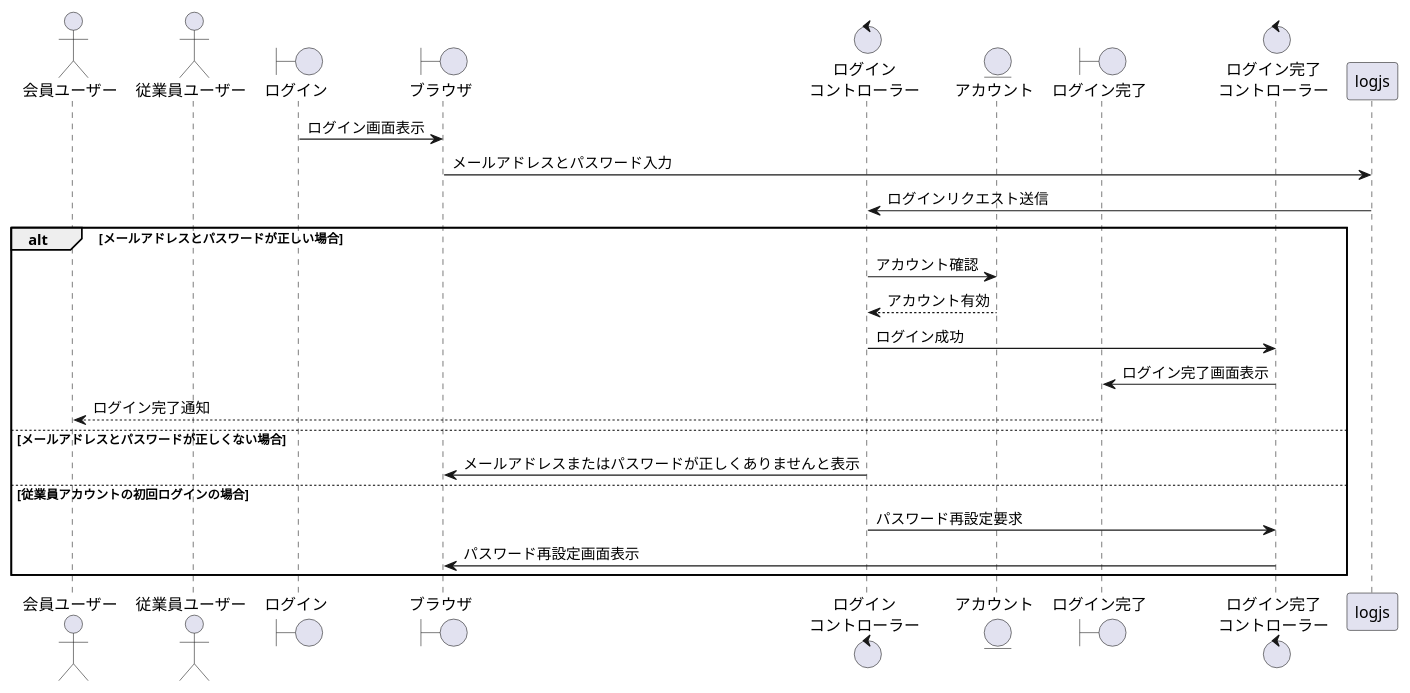
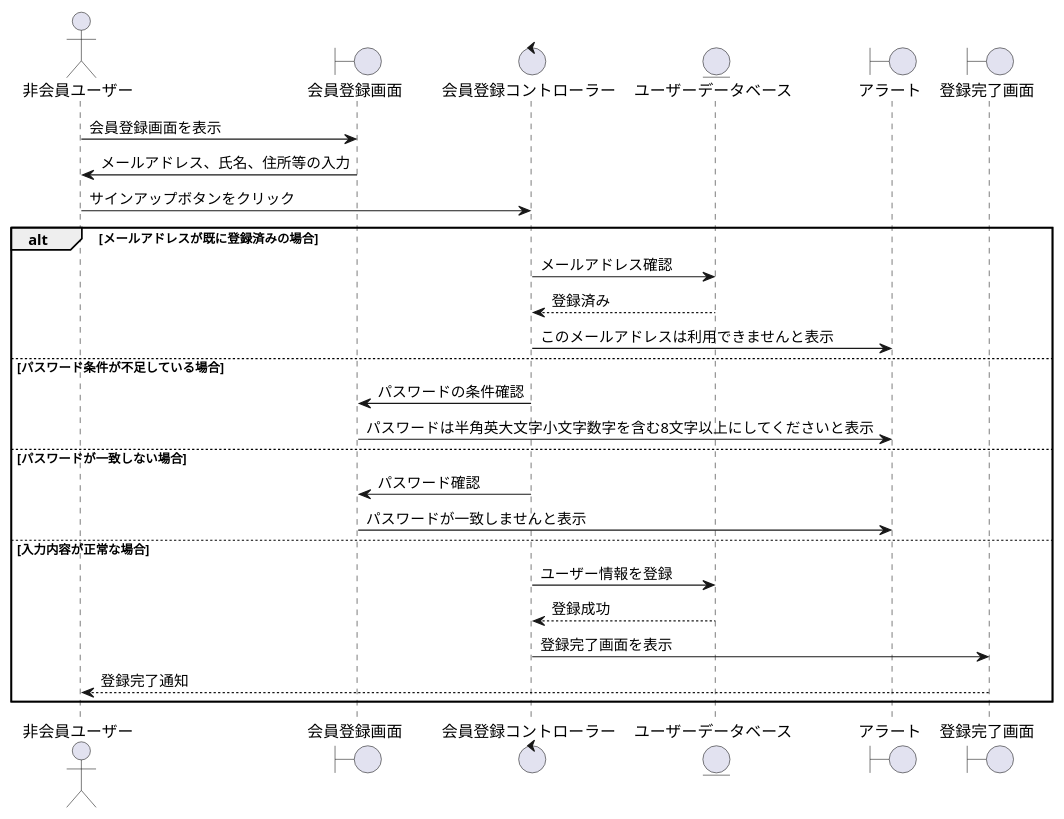
One commit to ysyk-wtnb16/team_D changed the diagram in BBショップ/ログイン.wsd. Above: the diagram before and after it, drawn with PlantUML. The commit also changed 1 other file, not shown here.

```diff
--- a/BBショップ/ログイン.wsd
+++ b/BBショップ/ログイン.wsd
@@ -1,28 +1,30 @@
-@startuml login
-actor "会員ユーザー" as member
-actor "従業員ユーザー" as employee
-boundary "ログイン" as log
-boundary "ブラウザ" as brz
-control "ログイン\nコントローラー" as logc
-entity "アカウント" as account
-boundary "ログイン完了" as logk
-control "ログイン完了\nコントローラー" as logc2
+@startuml registration
+actor "非会員ユーザー" as user
+boundary "会員登録画面" as reg
+control "会員登録コントローラー" as regc
+entity "ユーザーデータベース" as db
+boundary "アラート" as alert
+boundary "登録完了画面" as regk
 
-log -> brz: ログイン画面表示
-brz -> logjs: メールアドレスとパスワード入力
-logjs -> logc: ログインリクエスト送信
+user -> reg: 会員登録画面を表示
+reg -> user: メールアドレス、氏名、住所等の入力
+user -> regc: サインアップボタンをクリック
 
-alt メールアドレスとパスワードが正しい場合
-    logc -> account: アカウント確認
-    account --> logc: アカウント有効
-    logc -> logc2: ログイン成功
-    logc2 -> logk: ログイン完了画面表示
-    logk --> member: ログイン完了通知
-else メールアドレスとパスワードが正しくない場合
-    logc -> brz: メールアドレスまたはパスワードが正しくありませんと表示
-else 従業員アカウントの初回ログインの場合
-    logc -> logc2: パスワード再設定要求
-    logc2 -> brz: パスワード再設定画面表示
+alt メールアドレスが既に登録済みの場合
+    regc -> db: メールアドレス確認
+    db --> regc: 登録済み
+    regc -> alert: このメールアドレスは利用できませんと表示
+else パスワード条件が不足している場合
+    regc -> reg: パスワードの条件確認
+    reg -> alert: パスワードは半角英大文字小文字数字を含む8文字以上にしてくださいと表示
+else パスワードが一致しない場合
+    regc -> reg: パスワード確認
+    reg -> alert: パスワードが一致しませんと表示
+else 入力内容が正常な場合
+    regc -> db: ユーザー情報を登録
+    db --> regc: 登録成功
+    regc -> regk: 登録完了画面を表示
+    regk --> user: 登録完了通知
 end
 
 @enduml
```
